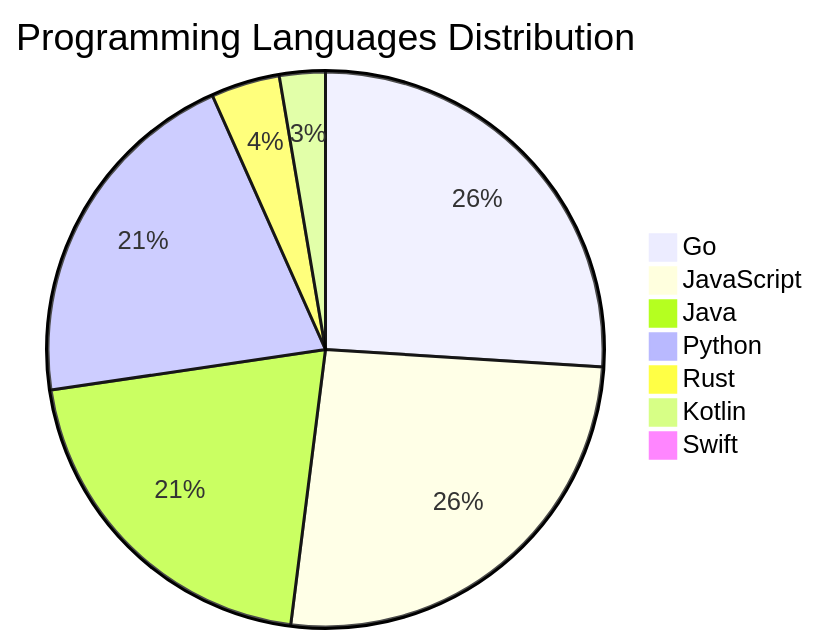
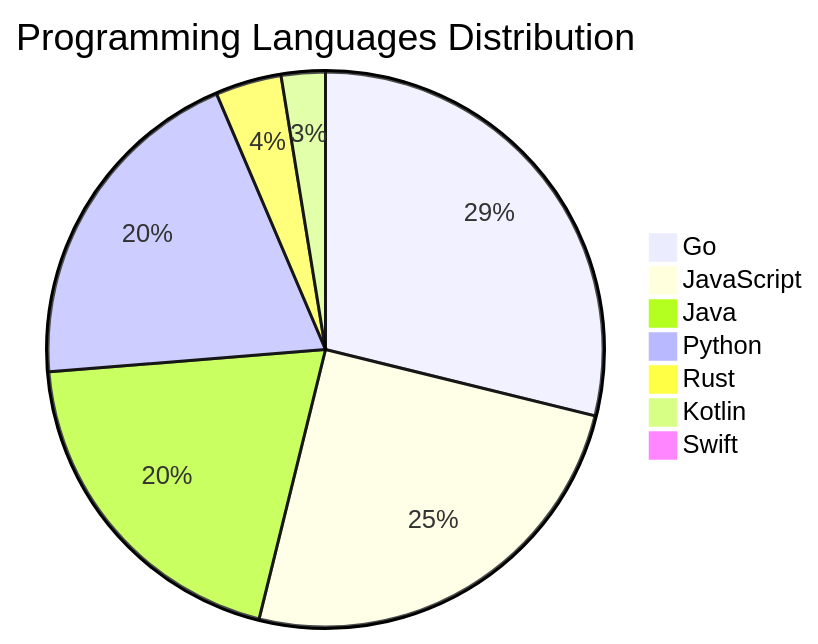
Before and after one commit to Derrick-MUGISHA/github-activity-bot: the diagram in README.md, drawn with Mermaid. The commit also changed other lines of this file and 4 other files, not shown here.

````diff
--- a/README.md
+++ b/README.md
@@ -207,10 +207,10 @@
 ```mermaid
 pie title Programming Languages Distribution
-    "Go" : 39
+    "Go" : 45
     "JavaScript" : 39
     "Java" : 31
     "Python" : 31
     "Rust" : 6
     "Kotlin" : 4
     "Swift" : 1
 ```
````
